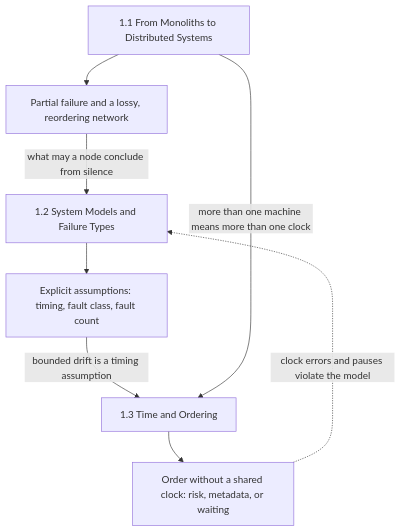
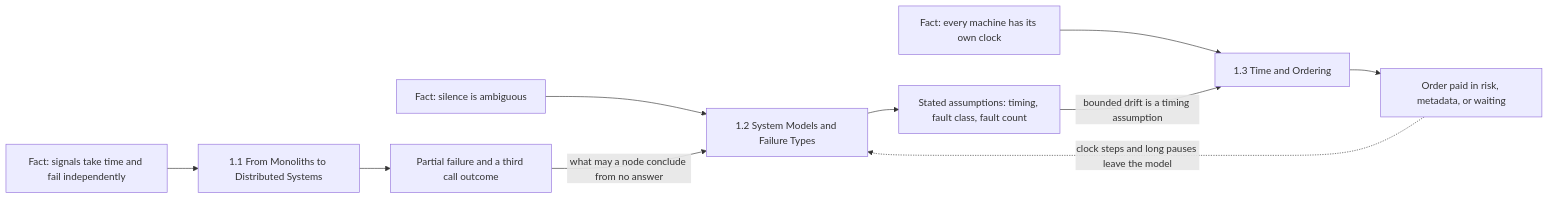
One commit to gorkemsari/distributed-systems changed the first of 2 diagrams in src/content/docs/en/foundations/index.mdx. Above: the diagram before and after it, drawn with Mermaid. The commit also changed other lines of this file and 8 other files, not shown here.

````diff
--- a/src/content/docs/en/foundations/index.mdx
+++ b/src/content/docs/en/foundations/index.mdx
@@ -17,16 +17,18 @@
 ```mermaid
-flowchart TD
-    MD["1.1 From Monoliths to Distributed Systems"]
-    SM["1.2 System Models and Failure Types"]
-    TO["1.3 Time and Ordering"]
-    PF["Partial failure and a lossy, reordering network"]
-    AS["Explicit assumptions: timing, fault class, fault count"]
-    OR["Order without a shared clock: risk, metadata, or waiting"]
-    MD --> PF
-    PF -->|"what may a node conclude from silence"| SM
-    SM --> AS
-    AS -->|"bounded drift is a timing assumption"| TO
-    MD -->|"more than one machine means more than one clock"| TO
-    TO --> OR
-    OR -.->|"clock errors and pauses violate the model"| SM
+flowchart LR
+    F1["Fact: signals take time and fail independently"]
+    F2["Fact: silence is ambiguous"]
+    F3["Fact: every machine has its own clock"]
+    C1["1.1 From Monoliths to Distributed Systems"]
+    C2["1.2 System Models and Failure Types"]
+    C3["1.3 Time and Ordering"]
+    O1["Partial failure and a third call outcome"]
+    O2["Stated assumptions: timing, fault class, fault count"]
+    O3["Order paid in risk, metadata, or waiting"]
+    F1 --> C1 --> O1
+    F2 --> C2 --> O2
+    F3 --> C3 --> O3
+    O1 -->|"what may a node conclude from no answer"| C2
+    O2 -->|"bounded drift is a timing assumption"| C3
+    O3 -.->|"clock steps and long pauses leave the model"| C2
 ```
````
